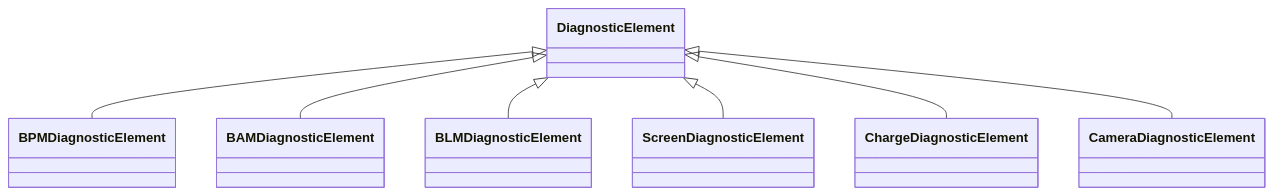
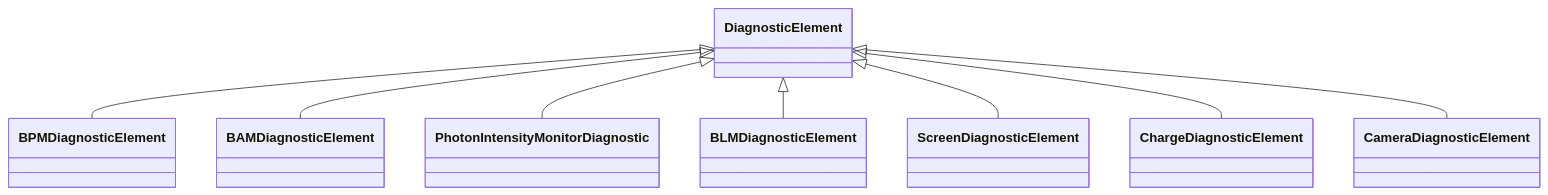
The diagram in docs/source/schema/DiagnosticElement.md (astec-stfc/laura), drawn with Mermaid before and after one commit. The commit also changed other lines of this file and 205 other files, not shown here.

````diff
--- a/docs/source/schema/DiagnosticElement.md
+++ b/docs/source/schema/DiagnosticElement.md
@@ -23,19 +23,21 @@
 ```mermaid
  classDiagram
     class DiagnosticElement
     click DiagnosticElement href "../DiagnosticElement/"
       DiagnosticElement <|-- BPMDiagnosticElement
         click BPMDiagnosticElement href "../BPMDiagnosticElement/"
       DiagnosticElement <|-- BAMDiagnosticElement
         click BAMDiagnosticElement href "../BAMDiagnosticElement/"
+      DiagnosticElement <|-- PhotonIntensityMonitorDiagnostic
+        click PhotonIntensityMonitorDiagnostic href "../PhotonIntensityMonitorDiagnostic/"
       DiagnosticElement <|-- BLMDiagnosticElement
         click BLMDiagnosticElement href "../BLMDiagnosticElement/"
       DiagnosticElement <|-- ScreenDiagnosticElement
         click ScreenDiagnosticElement href "../ScreenDiagnosticElement/"
       DiagnosticElement <|-- ChargeDiagnosticElement
         click ChargeDiagnosticElement href "../ChargeDiagnosticElement/"
       DiagnosticElement <|-- CameraDiagnosticElement
         click CameraDiagnosticElement href "../CameraDiagnosticElement/"
       
       
 ```
````
